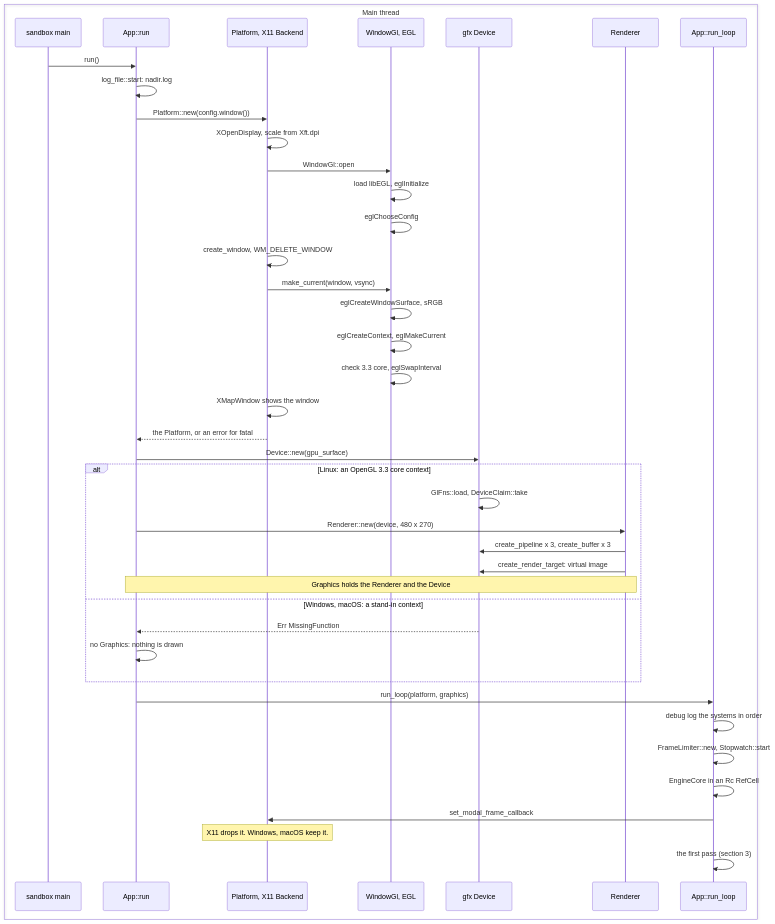
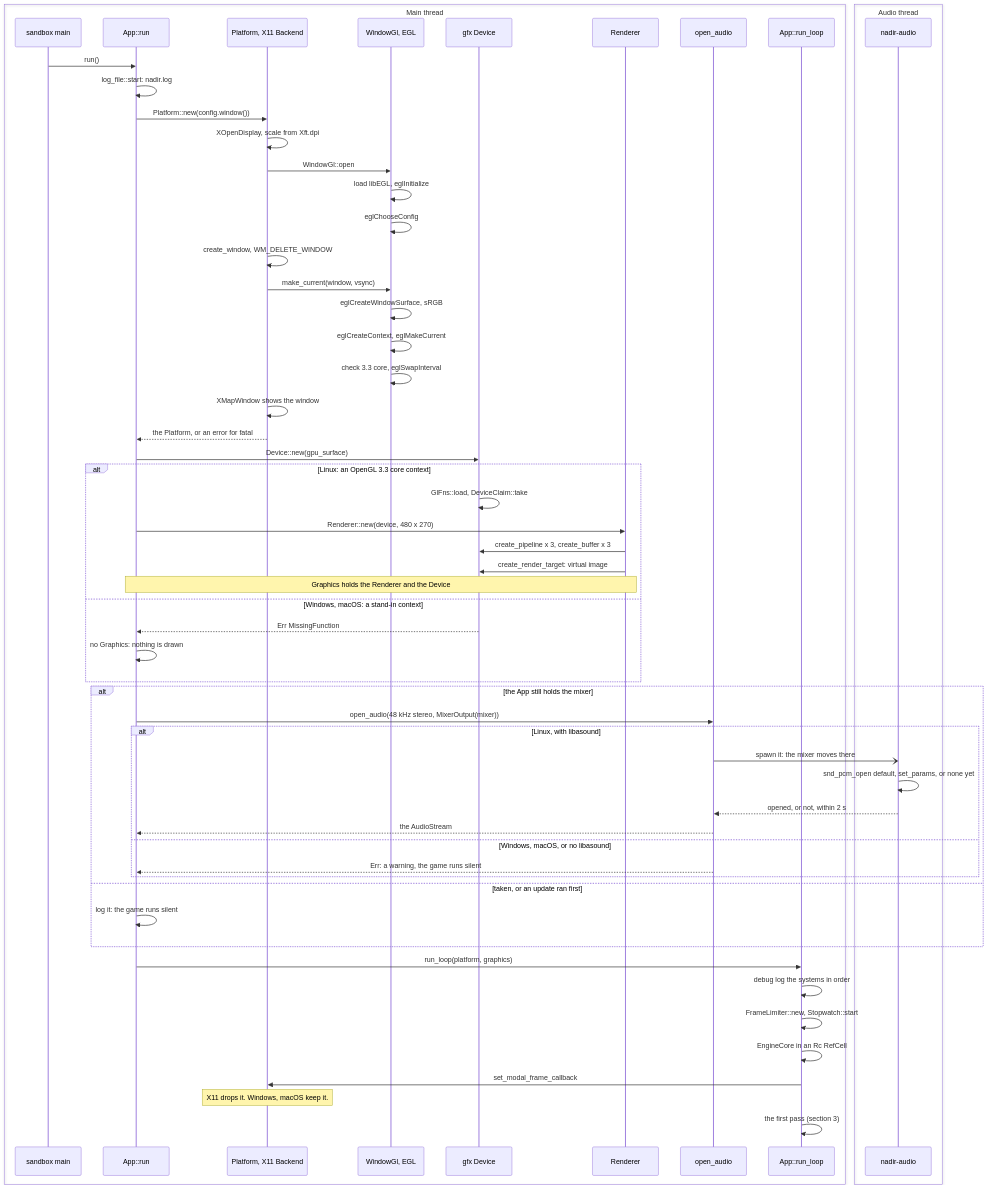
One commit to jabbott-iii/Nadir changed the second of 12 diagrams in diagrams/game-loop-sequence.md. Above: the diagram before and after it, drawn with Mermaid. The commit also changed other lines of this file and 35 other files, not shown here.

````diff
--- a/diagrams/game-loop-sequence.md
+++ b/diagrams/game-loop-sequence.md
@@ -96,45 +104,62 @@
 ```mermaid
 sequenceDiagram
     box Main thread
         participant Main as sandbox main
         participant Run as App::run
         participant Plat as Platform, X11 Backend
         participant Egl as WindowGl, EGL
         participant Dev as gfx Device
         participant Rend as Renderer
+        participant Out as open_audio
         participant RL as App::run_loop
+    end
+    box Audio thread
+        participant Thr as nadir-audio
     end
 
     Main->>Run: run()
     Run->>Run: log_file::start: nadir.log
     Run->>Plat: Platform::new(config.window())
     Plat->>Plat: XOpenDisplay, scale from Xft.dpi
     Plat->>Egl: WindowGl::open
     Egl->>Egl: load libEGL, eglInitialize
     Egl->>Egl: eglChooseConfig
     Plat->>Plat: create_window, WM_DELETE_WINDOW
     Plat->>Egl: make_current(window, vsync)
     Egl->>Egl: eglCreateWindowSurface, sRGB
     Egl->>Egl: eglCreateContext, eglMakeCurrent
     Egl->>Egl: check 3.3 core, eglSwapInterval
     Plat->>Plat: XMapWindow shows the window
     Plat-->>Run: the Platform, or an error for fatal
     Run->>Dev: Device::new(gpu_surface)
     alt Linux: an OpenGL 3.3 core context
         Dev->>Dev: GlFns::load, DeviceClaim::take
         Run->>Rend: Renderer::new(device, 480 x 270)
         Rend->>Dev: create_pipeline x 3, create_buffer x 3
         Rend->>Dev: create_render_target: virtual image
         Note over Run,Rend: Graphics holds the Renderer and the Device
     else Windows, macOS: a stand-in context
         Dev-->>Run: Err MissingFunction
         Run->>Run: no Graphics: nothing is drawn
     end
+    alt the App still holds the mixer
+        Run->>Out: open_audio(48 kHz stereo, MixerOutput(mixer))
+        alt Linux, with libasound
+            Out-)Thr: spawn it: the mixer moves there
+            Thr->>Thr: snd_pcm_open default, set_params, or none yet
+            Thr-->>Out: opened, or not, within 2 s
+            Out-->>Run: the AudioStream
+        else Windows, macOS, or no libasound
+            Out-->>Run: Err: a warning, the game runs silent
+        end
+    else taken, or an update ran first
+        Run->>Run: log it: the game runs silent
+    end
     Run->>RL: run_loop(platform, graphics)
     RL->>RL: debug log the systems in order
     RL->>RL: FrameLimiter::new, Stopwatch::start
     RL->>RL: EngineCore in an Rc RefCell
     RL->>Plat: set_modal_frame_callback
     Note over Plat: X11 drops it. Windows, macOS keep it.
     RL->>RL: the first pass (section 3)
 ```
````
